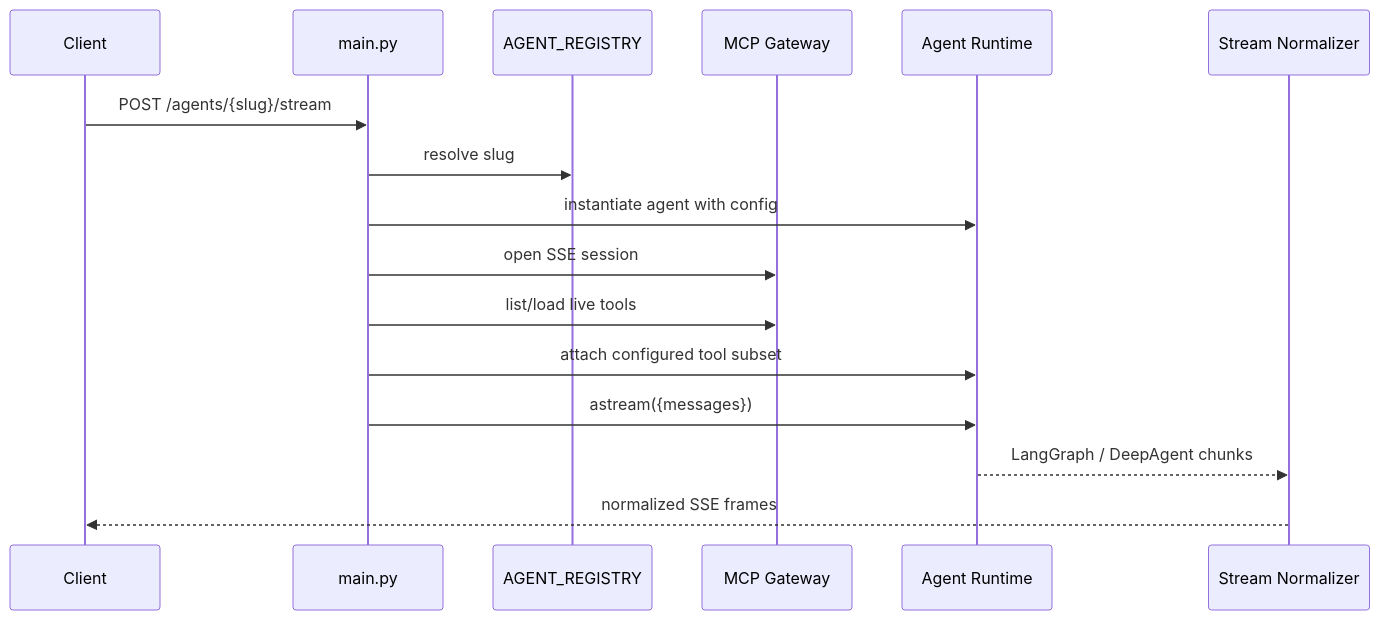
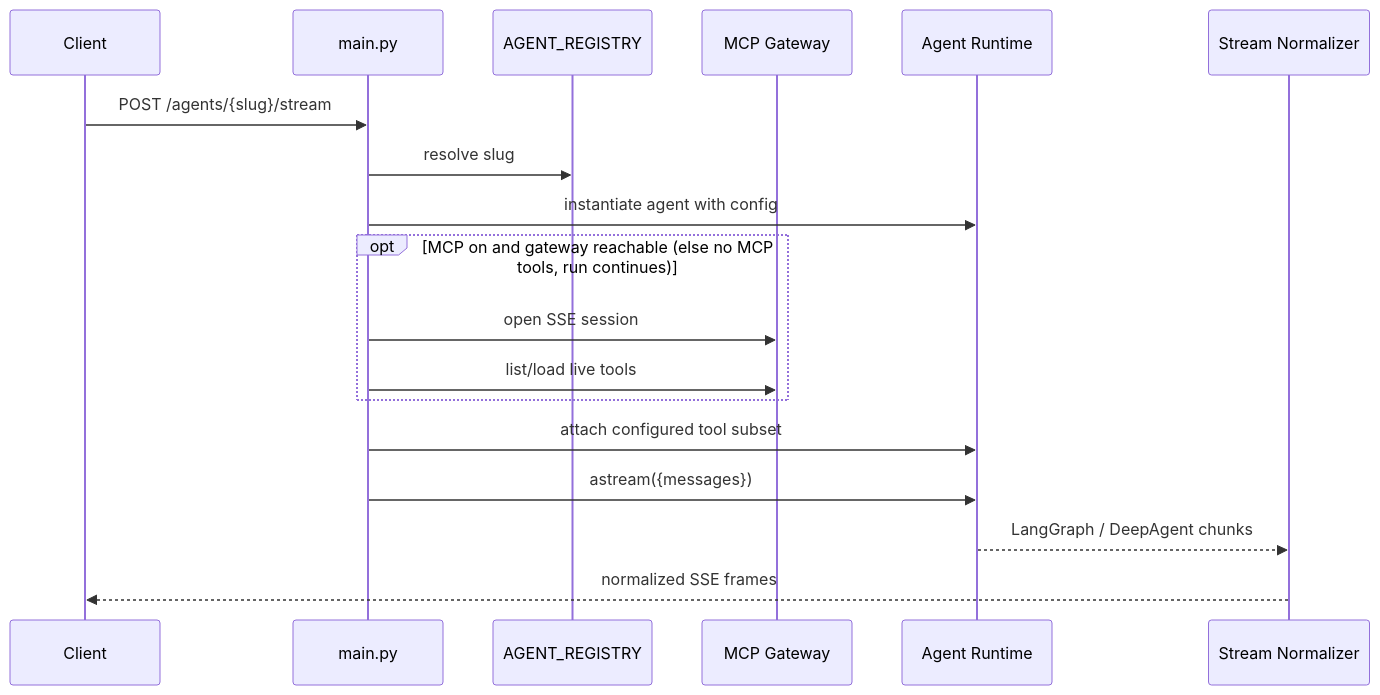
One commit to konstantinosmpouros/mAgenticX changed the third of 9 diagrams in magenticx/agents/README.md. Above: the diagram before and after it, drawn with Mermaid. The commit also changed other lines of this file and 31 other files, not shown here.

````diff
--- a/magenticx/agents/README.md
+++ b/magenticx/agents/README.md
@@ -107,19 +108,21 @@
 ```mermaid
 sequenceDiagram
     participant Client
     participant FastAPI as main.py
     participant Registry as AGENT_REGISTRY
     participant MCP as MCP Gateway
     participant Agent as Agent Runtime
     participant AGUI as Stream Normalizer
 
     Client->>FastAPI: POST /agents/{slug}/stream
     FastAPI->>Registry: resolve slug
     FastAPI->>Agent: instantiate agent with config
-    FastAPI->>MCP: open SSE session
-    FastAPI->>MCP: list/load live tools
+    opt MCP on and gateway reachable (else no MCP tools, run continues)
+        FastAPI->>MCP: open SSE session
+        FastAPI->>MCP: list/load live tools
+    end
     FastAPI->>Agent: attach configured tool subset
     FastAPI->>Agent: astream({messages})
     Agent-->>AGUI: LangGraph / DeepAgent chunks
     AGUI-->>Client: normalized SSE frames
 ```
````
